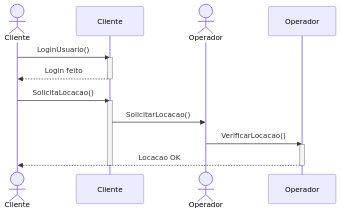
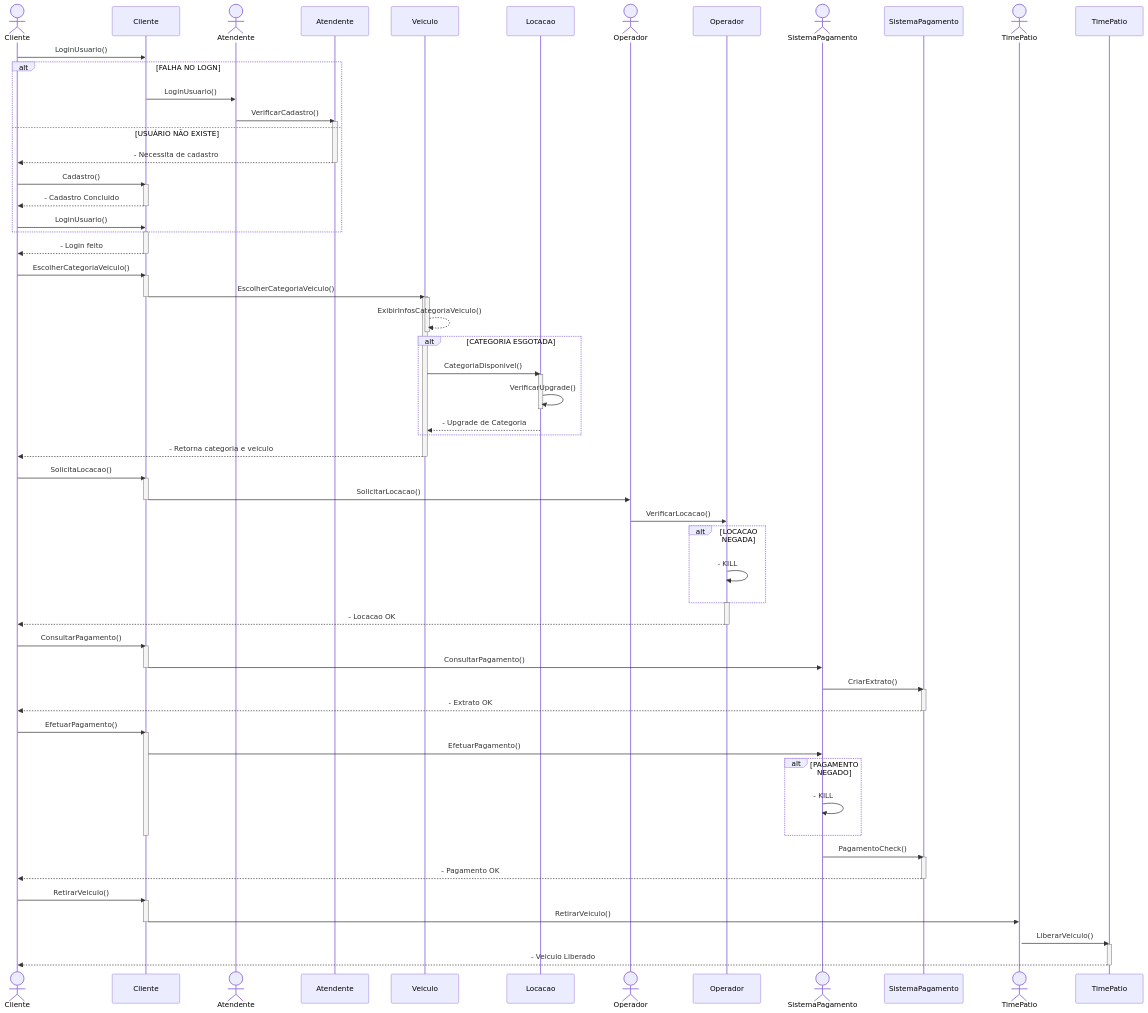
Before and after one commit to BrunoBassoo/LocadoraDeVeiculos: the second of 2 diagrams in README.md, drawn with Mermaid. The commit also changed other lines of this file, not shown here.

````diff
--- a/README.md
+++ b/README.md
@@ -189,21 +194,120 @@
 sequenceDiagram
     actor Cliente
     participant C as Cliente
+    actor Atendente
+    participant A as Atendente
+    participant V as Veiculo
+    participant L as Locacao
     actor Operador
     participant O as Operador
+    actor SistemaPagamento
+    participant SP as SistemaPagamento
+    actor TimePatio
+    participant TP as TimePatio
     
-    
+    %% Login 
     Cliente->>C: LoginUsuario()
+
+    %% Fluxo secundario LOGIN NAO EXISTE
+    alt FALHA NO LOGN
+        C->>Atendente: LoginUsuario()
+        Atendente->>A: VerificarCadastro()
+        activate A
+    else USUÁRIO NÃO EXISTE
+        A-->>Cliente: - Necessita de cadastro
+        deactivate A
+        Cliente->>C: Cadastro()
+        activate C 
+        C-->>Cliente: - Cadastro Concluido
+        deactivate C
+        Cliente->>C: LoginUsuario()
+    end
+    %% Segue
     activate C
-    C-->>Cliente: Login feito
+    C-->>Cliente: - Login feito
     deactivate C
+
+
+    %% Escolher categoria e veiculo
+
+    Cliente->>C: EscolherCategoriaVeiculo()
+    activate C
+    C->>V:  EscolherCategoriaVeiculo()
+    deactivate C
+    activate V
+    activate V
+    V-->>V: ExibirInfosCategoriaVeiculo()
+    deactivate V
+
+    %% Fluxo secundario CATEGORIA ESGOTADA
+    alt CATEGORIA ESGOTADA
+        V->>L: CategoriaDisponivel()
+        activate L
+        L->>L: VerificarUpgrade()
+        deactivate L
+        L-->>V: - Upgrade de Categoria
+    end
+
+    %% Segue
+    V-->>Cliente: - Retorna categoria e veiculo
+    deactivate V
+
+
+    %% Solicitar veiculo
+
     Cliente->>C: SolicitaLocacao()
     activate C
     C->>Operador: SolicitarLocacao()
+    deactivate C
     Operador->>O: VerificarLocacao()
+    %% Fluxo secundario LOCACAO NEGADA
+    alt LOCACAO NEGADA
+        O->>O: - KILL
+    end
     activate O
-    O-->>Cliente: Locacao OK
+    O-->>Cliente: - Locacao OK
     deactivate O
+    
+
+    %% Extrato
+
+    Cliente->>C: ConsultarPagamento()
+    activate C
+    C->>SistemaPagamento: ConsultarPagamento()
     deactivate C
+    SistemaPagamento->>SP: CriarExtrato()
+    activate SP
+    SP-->>Cliente: - Extrato OK
+    deactivate SP
+    
+    
+    %% Pagamento
+
+    Cliente->>C: EfetuarPagamento()
+    activate C
+    C->>SistemaPagamento: EfetuarPagamento()
+    %% Fluxo secundario PAGAMENTO NEGADO
+    alt PAGAMENTO NEGADO
+        SistemaPagamento->>SistemaPagamento: - KILL
+    end
+    deactivate C
+    SistemaPagamento->>SP: PagamentoCheck()
+    activate SP
+    SP-->>Cliente: - Pagamento OK
+    deactivate SP
+    
+
+    %% Retirar Veiculo
+
+    Cliente->>C: RetirarVeiculo()
+    activate C 
+    C->>TimePatio: RetirarVeiculo()
+    deactivate C
+    activate TimePatio
+    TimePatio->>TP: LiberarVeiculo()
+    activate TP
+    TP-->>Cliente: - Veiculo Liberado
+    deactivate TP
+
       
 ```
````
